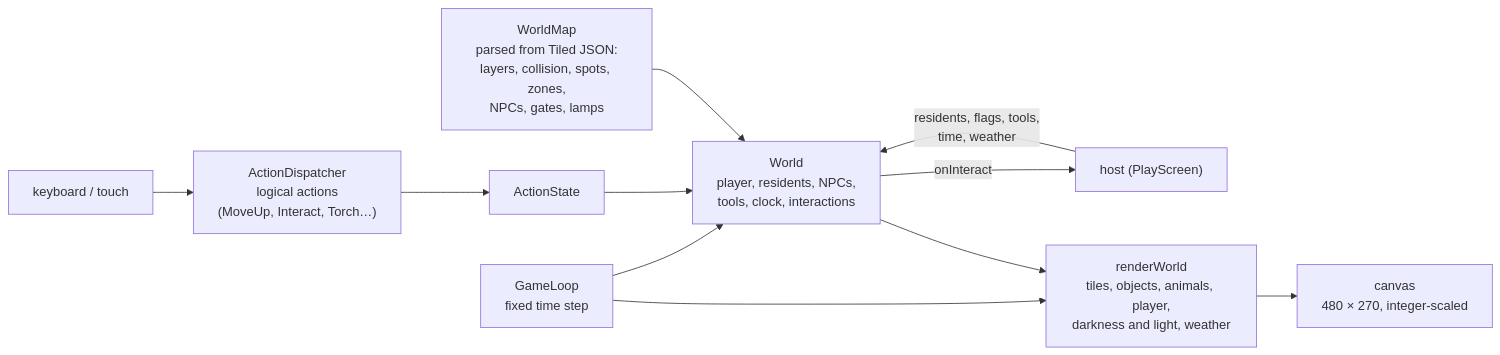
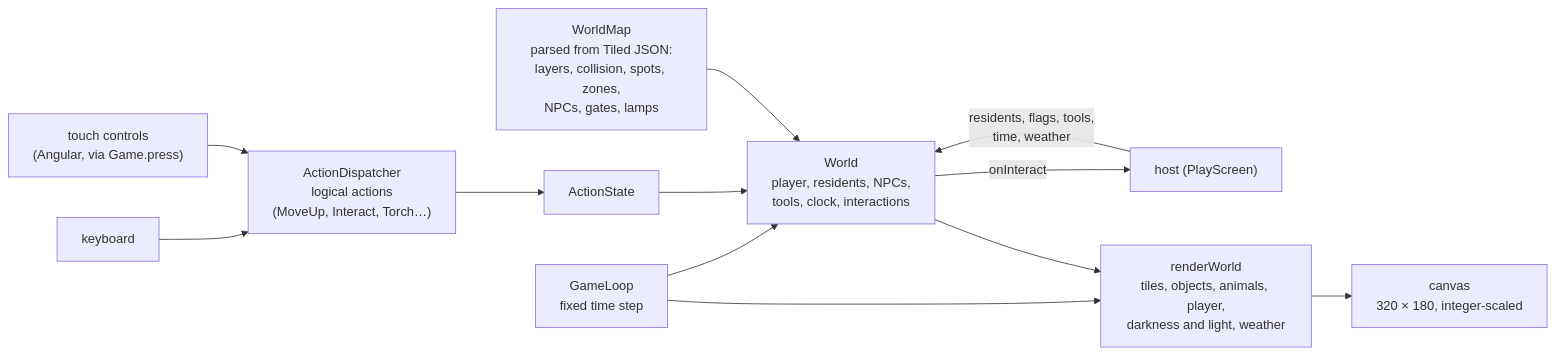
Before and after one commit to David-Letonja-CTG/Slovion: the fourth of 8 diagrams in docs/architecture.md, drawn with Mermaid. The commit also changed other lines of this file and 30 other files, not shown here.

First line of the commit message:
Add touch controls, a handheld layout and fullscreen

````diff
--- a/docs/architecture.md
+++ b/docs/architecture.md
@@ -135,13 +137,14 @@
 ```mermaid
 flowchart LR
-  Keys["keyboard / touch"] --> Dispatcher["ActionDispatcher<br/>logical actions<br/>(MoveUp, Interact, Torch…)"]
+  Keys["keyboard"] --> Dispatcher["ActionDispatcher<br/>logical actions<br/>(MoveUp, Interact, Torch…)"]
+  Touch["touch controls<br/>(Angular, via Game.press)"] --> Dispatcher
   Dispatcher --> State["ActionState"]
   Loop["GameLoop<br/>fixed time step"] --> World
   State --> World["World<br/>player, residents, NPCs,<br/>tools, clock, interactions"]
   Map["WorldMap<br/>parsed from Tiled JSON:<br/>layers, collision, spots, zones,<br/>NPCs, gates, lamps"] --> World
   World -- "onInteract" --> Host["host (PlayScreen)"]
   Host -- "residents, flags, tools,<br/>time, weather" --> World
   Loop --> Renderer["renderWorld<br/>tiles, objects, animals, player,<br/>darkness and light, weather"]
   World --> Renderer
-  Renderer --> CanvasEl["canvas<br/>480 × 270, integer-scaled"]
+  Renderer --> CanvasEl["canvas<br/>320 × 180, integer-scaled"]
 ```
````
